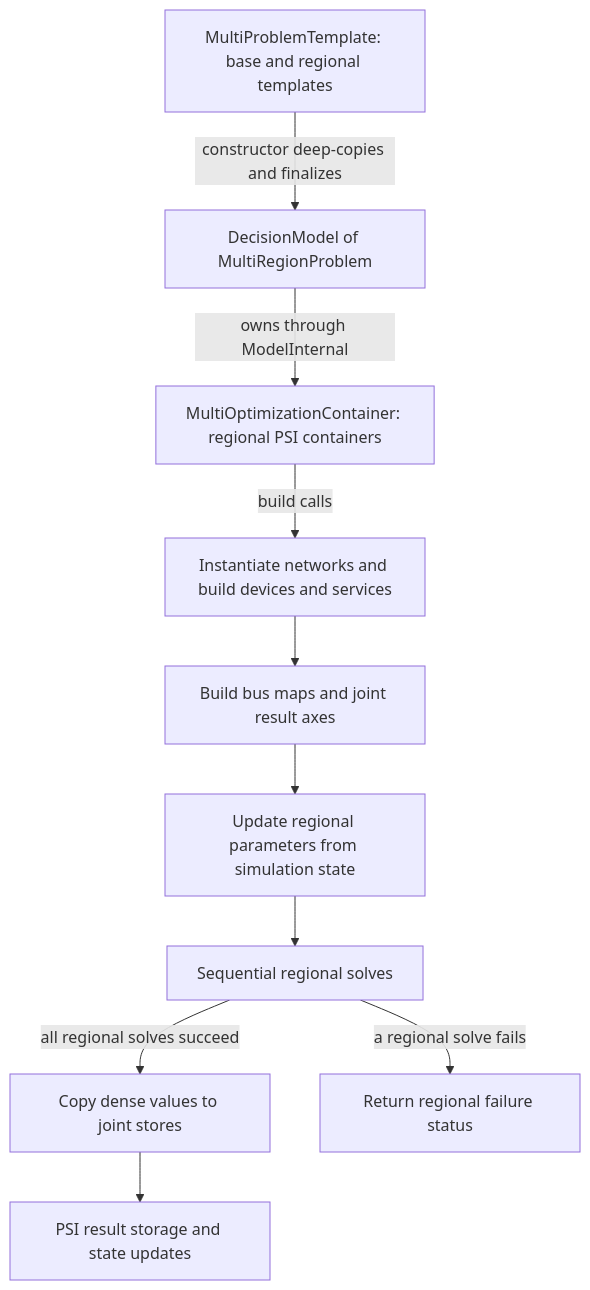
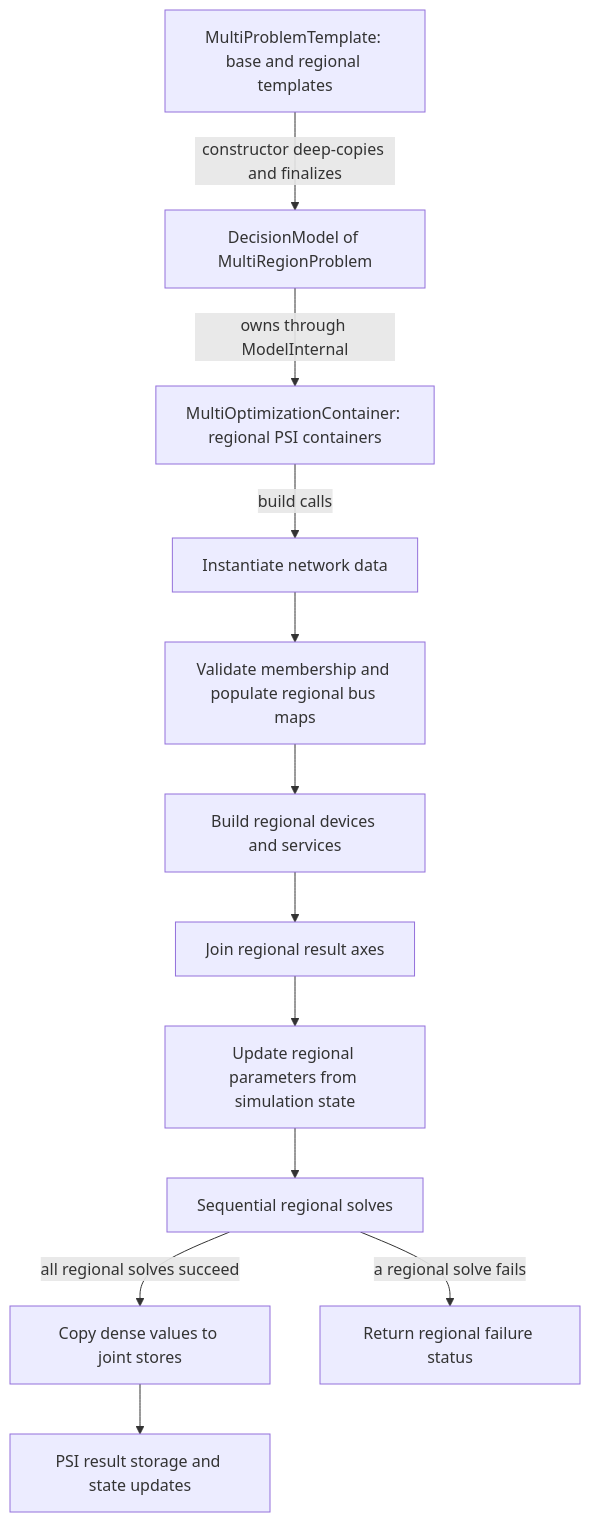
The diagram in docs/src/explanation/decomposition.md (NLR-Sienna/PowerSimulationsDecomposition.jl), drawn with Mermaid before and after one commit. The commit also changed other lines of this file and 13 other files, not shown here.

First line of the commit message:
Update dependencies and validate regional HVDC area assignments (#32)

````diff
--- a/docs/src/explanation/decomposition.md
+++ b/docs/src/explanation/decomposition.md
@@ -27,22 +59,26 @@
 ```mermaid
 flowchart TD
     T["MultiProblemTemplate: base and regional templates"]
     D["DecisionModel of MultiRegionProblem"]
     C["MultiOptimizationContainer: regional PSI containers"]
-    N["Instantiate networks and build devices and services"]
-    B["Build bus maps and joint result axes"]
+    N["Instantiate network data"]
+    V["Validate membership and populate regional bus maps"]
+    M["Build regional devices and services"]
+    B["Join regional result axes"]
     U["Update regional parameters from simulation state"]
     S["Sequential regional solves"]
     R["Copy dense values to joint stores"]
     P["PSI result storage and state updates"]
     F["Return regional failure status"]
     T -->|constructor deep-copies and finalizes| D
     D -->|owns through ModelInternal| C
     C -->|build calls| N
-    N --> B
+    N --> V
+    V --> M
+    M --> B
     B --> U
     U --> S
     S -->|all regional solves succeed| R
     S -->|a regional solve fails| F
     R --> P
 ```
````
